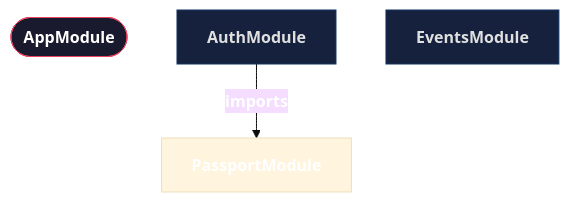
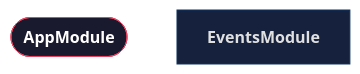
Before and after one commit to Phastboy/campuspulse: the first of 3 diagrams in docs/architecture.md, drawn with Mermaid (base theme). The commit also changed other lines of this file and 1 other file, not shown here.

First line of the commit message:
docs: update architecture diagrams and clean up migration

````diff
--- a/docs/architecture.md
+++ b/docs/architecture.md
@@ -12,16 +12,13 @@
 ```mermaid
 graph TD
   %% NestJS module imports — framework modules omitted for clarity
 
   AppModule([AppModule])
-  AuthModule[AuthModule]
   EventsModule[EventsModule]
 
-  AuthModule -->|imports| PassportModule
 
   classDef root    fill:#1a1a2e,stroke:#e94560,color:#fff,font-weight:bold
   classDef feature fill:#16213e,stroke:#0f3460,color:#e0e0e0
   class AppModule root
-  class AuthModule feature
   class EventsModule feature
 ```
````
